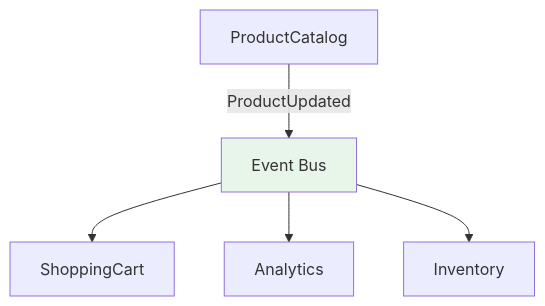
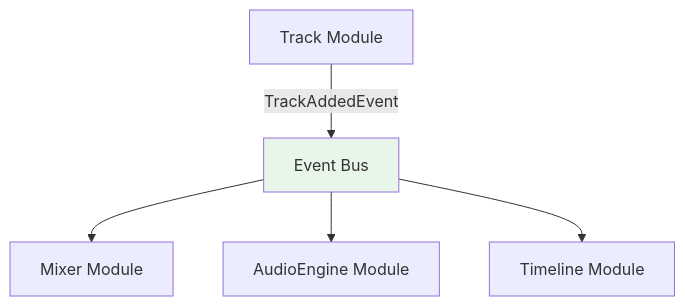
Before and after one commit to jcosta33/sourdaw: the diagram in docs/events.md, drawn with Mermaid. The commit also changed other lines of this file and 217 other files, not shown here.

````diff
--- a/docs/events.md
+++ b/docs/events.md
@@ -19,9 +19,9 @@
 ```mermaid
 graph TB
-    A[ProductCatalog] -->|ProductUpdated| B[Event Bus]
-    B --> C[ShoppingCart]
-    B --> D[Analytics]
-    B --> E[Inventory]
+    A[Track Module] -->|TrackAddedEvent| B[Event Bus]
+    B --> C[Mixer Module]
+    B --> D[AudioEngine Module]
+    B --> E[Timeline Module]
 
     style B fill:#e8f5e9
 ```
````
